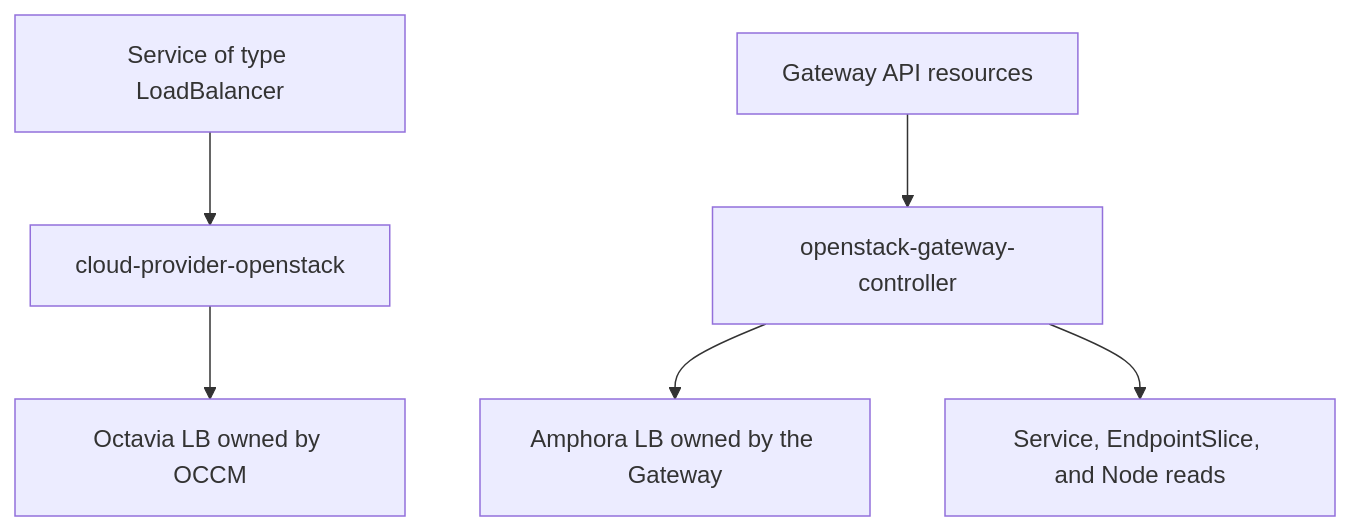
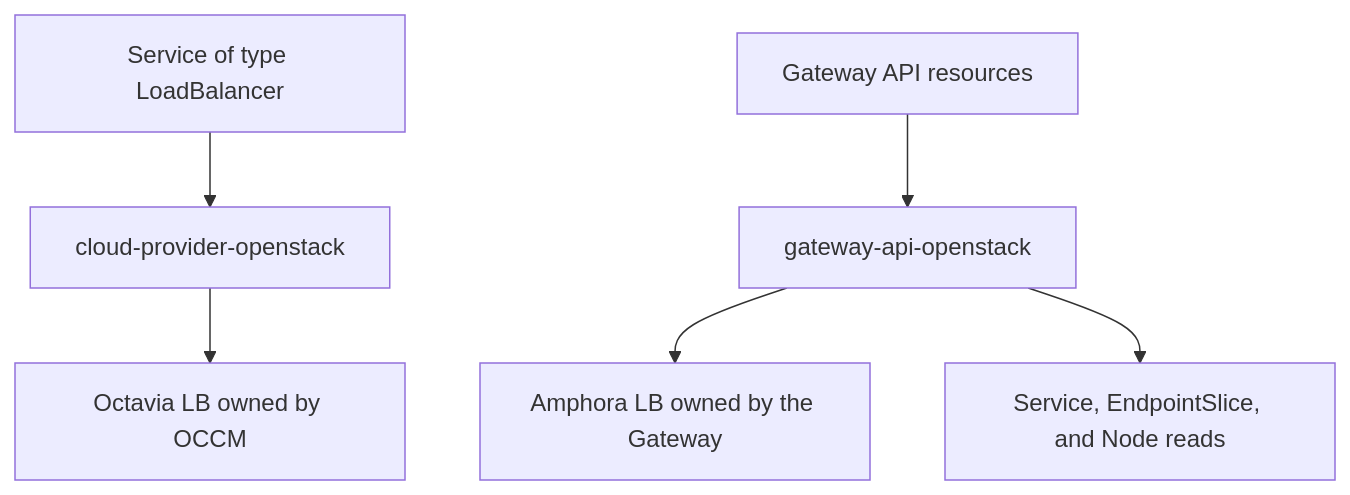
One commit to gateway-api-openstack/gateway-api-openstack changed the diagram in README.md. Above: the diagram before and after it, drawn with Mermaid. The commit also changed other lines of this file and 10 other files, not shown here.

````diff
--- a/README.md
+++ b/README.md
@@ -45,9 +20,9 @@
 ```mermaid
 flowchart TD
     S["Service of type LoadBalancer"] --> OCCM["cloud-provider-openstack"]
     OCCM --> SLB["Octavia LB owned by OCCM"]
 
-    G["Gateway API resources"] --> CTRL["openstack-gateway-controller"]
+    G["Gateway API resources"] --> CTRL["gateway-api-openstack"]
     CTRL --> OLB["Amphora LB owned by the Gateway"]
     CTRL --> K8S["Service, EndpointSlice, and Node reads"]
 ```
````
